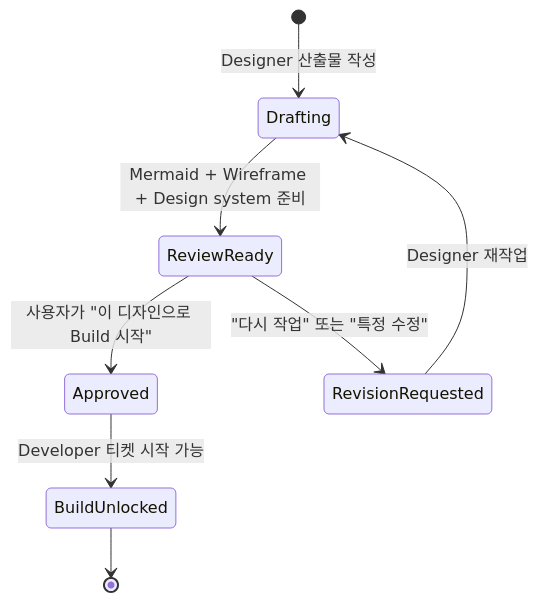
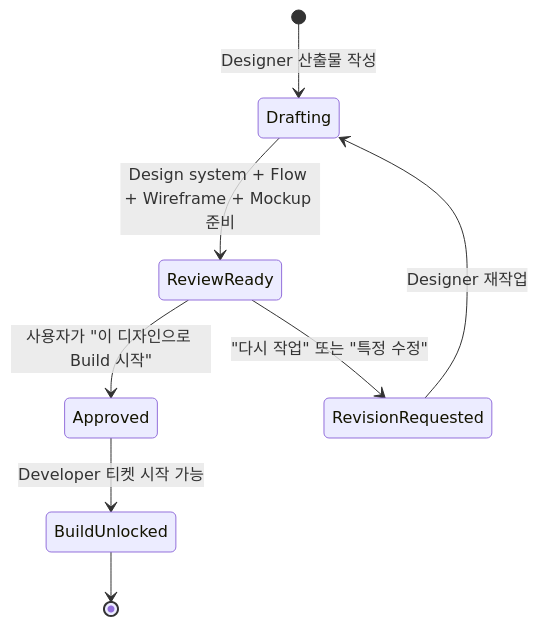
One commit to shawn-kim-axz/productune changed the fifth of 9 diagrams in docs/design/service-flow-and-screens.md. Above: the diagram before and after it, drawn with Mermaid. The commit also changed other lines of this file and 53 other files, not shown here.

````diff
--- a/docs/design/service-flow-and-screens.md
+++ b/docs/design/service-flow-and-screens.md
@@ -159,10 +410,10 @@
 ```mermaid
 stateDiagram-v2
   [*] --> Drafting: Designer 산출물 작성
-  Drafting --> ReviewReady: Mermaid + Wireframe + Design system 준비
+  Drafting --> ReviewReady: Design system + Flow + Wireframe + Mockup 준비
   ReviewReady --> Approved: 사용자가 "이 디자인으로 Build 시작"
   ReviewReady --> RevisionRequested: "다시 작업" 또는 "특정 수정"
   RevisionRequested --> Drafting: Designer 재작업
   Approved --> BuildUnlocked: Developer 티켓 시작 가능
   BuildUnlocked --> [*]
 ```
````
